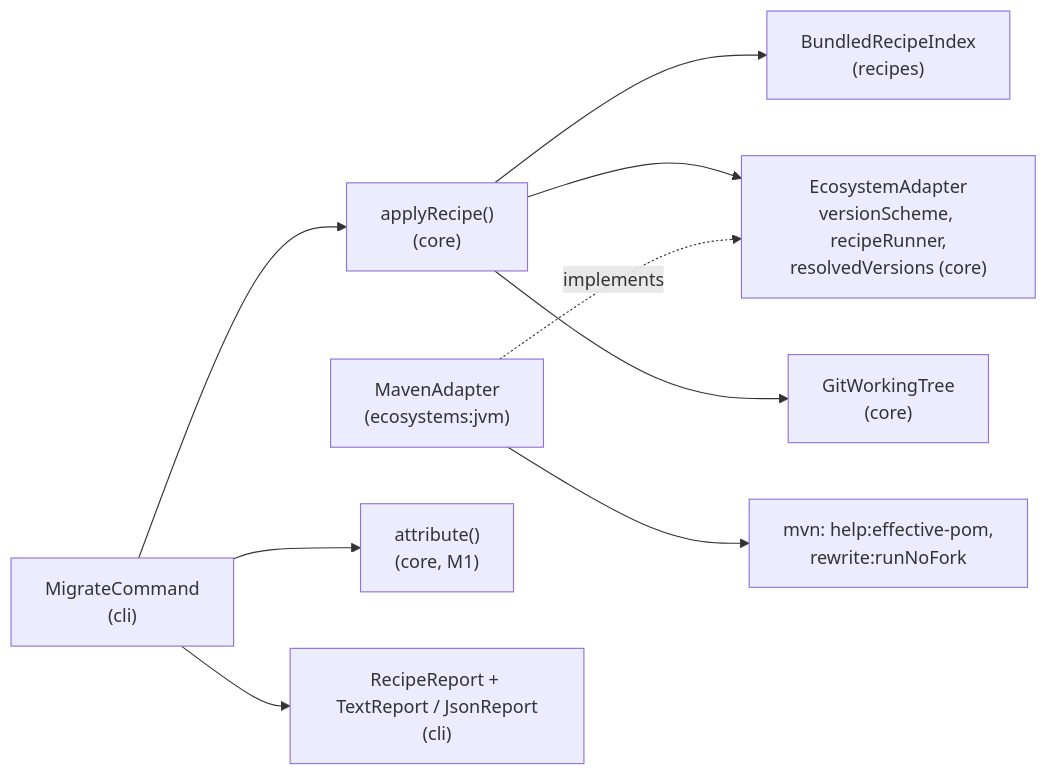
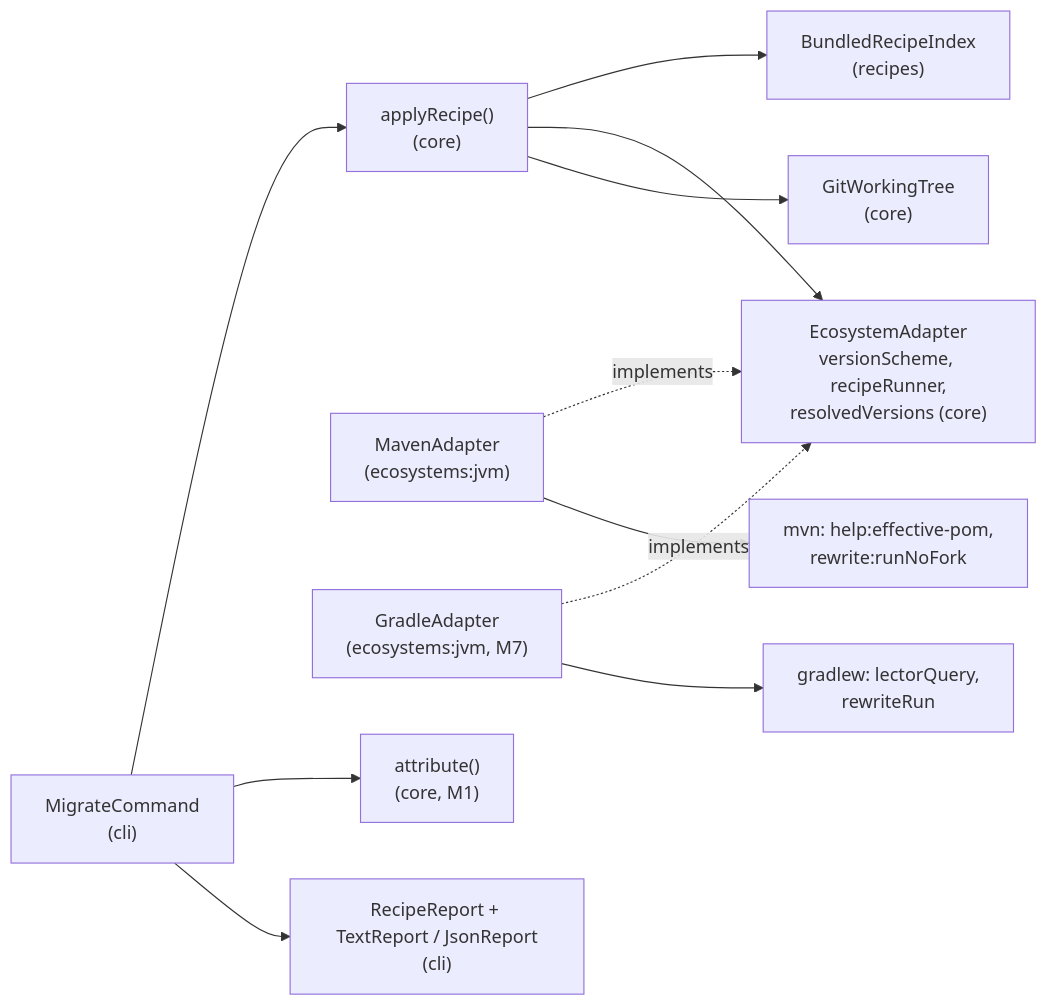
Before and after one commit to danvan86/lector-ai: the first of 4 diagrams in docs/architecture/recipe-migration.md, drawn with Mermaid. The commit also changed other lines of this file and 7 other files, not shown here.

Commit message:
docs: document the Gradle adapter, and bring the architecture docs up to M7

````diff
--- a/docs/architecture/recipe-migration.md
+++ b/docs/architecture/recipe-migration.md
@@ -17,11 +17,13 @@
 ```mermaid
 flowchart LR
     cli["MigrateCommand<br/>(cli)"] --> step["applyRecipe()<br/>(core)"]
     step --> index["BundledRecipeIndex<br/>(recipes)"]
     step --> port["EcosystemAdapter<br/>versionScheme, recipeRunner,<br/>resolvedVersions (core)"]
     maven["MavenAdapter<br/>(ecosystems:jvm)"] -. implements .-> port
+    gradle["GradleAdapter<br/>(ecosystems:jvm, M7)"] -. implements .-> port
     step --> tree["GitWorkingTree<br/>(core)"]
     cli --> attr["attribute()<br/>(core, M1)"]
     maven --> mvn["mvn: help:effective-pom,<br/>rewrite:runNoFork"]
+    gradle --> gradlew["gradlew: lectorQuery,<br/>rewriteRun"]
     cli --> report["RecipeReport + TextReport / JsonReport<br/>(cli)"]
 ```
````
